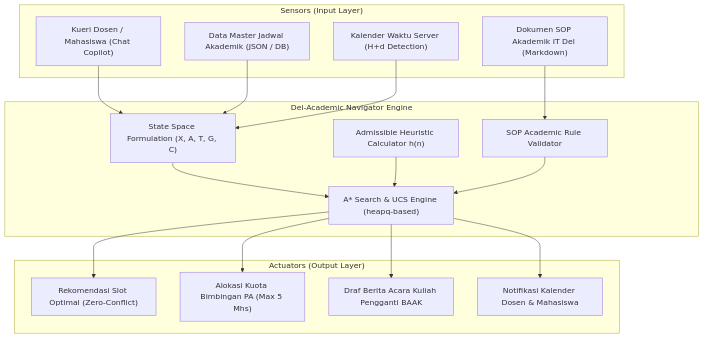
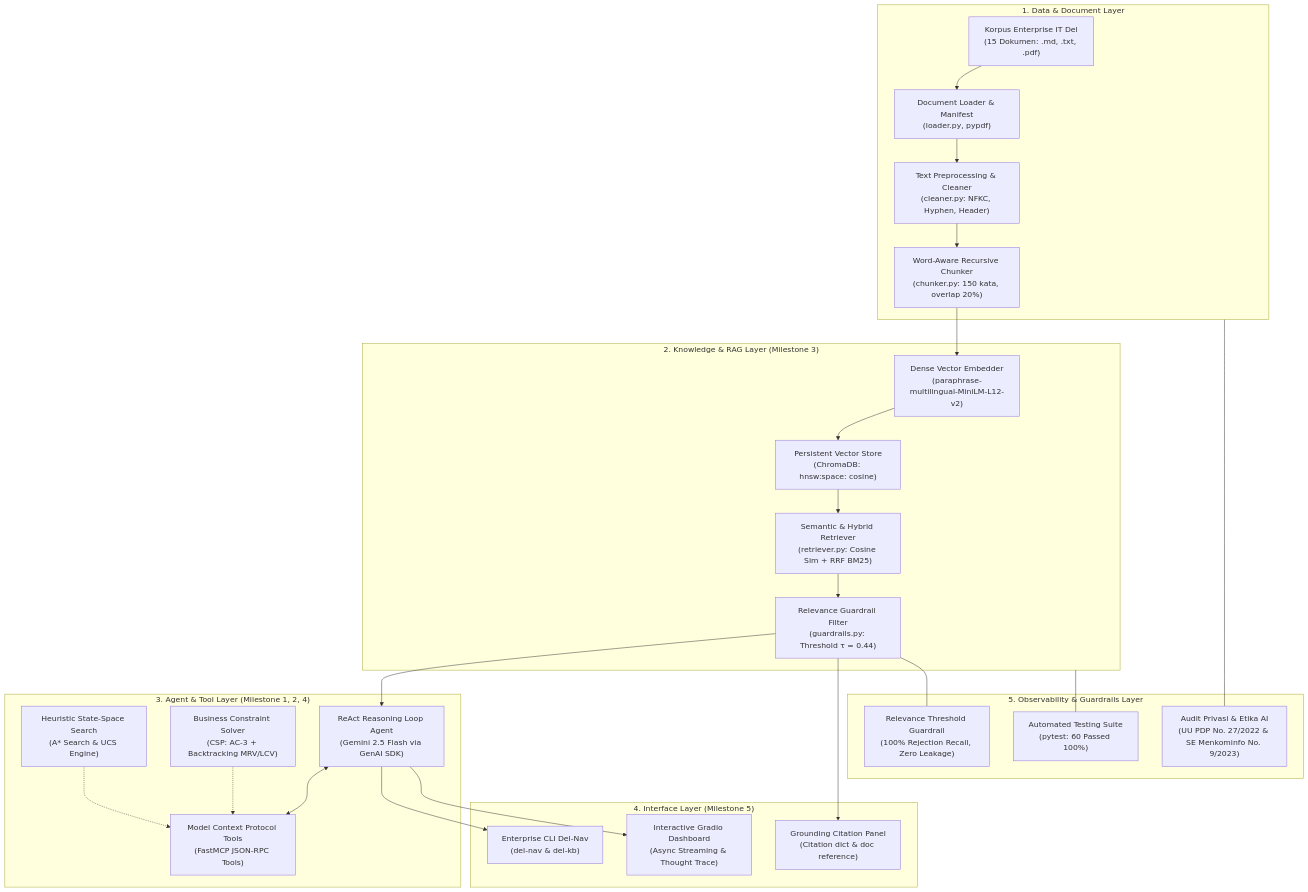
The diagram in README.md (PetraNaibaho/del-academic-navigator), drawn with Mermaid before and after one commit. The commit also changed other lines of this file and 14 other files, not shown here.

````diff
--- a/README.md
+++ b/README.md
@@ -31,37 +36,49 @@
 ```mermaid
 flowchart TD
-    subgraph SENSORS["Sensors (Input Layer)"]
-        S1["Kueri Dosen / Mahasiswa (Chat Copilot)"]
-        S2["Data Master Jadwal Akademik (JSON / DB)"]
-        S3["Dokumen SOP Akademik IT Del (Markdown)"]
-        S4["Kalender Waktu Server (H+d Detection)"]
+    subgraph L1["1. Data & Document Layer"]
+        D1["Korpus Enterprise IT Del\n(15 Dokumen: .md, .txt, .pdf)"]
+        D2["Document Loader & Manifest\n(loader.py, pypdf)"]
+        D3["Text Preprocessing & Cleaner\n(cleaner.py: NFKC, Hyphen, Header)"]
+        D4["Word-Aware Recursive Chunker\n(chunker.py: 150 kata, overlap 20%)"]
+        D1 --> D2 --> D3 --> D4
     end
 
-    subgraph CORE_ENGINE["Del-Academic Navigator Engine"]
-        E1["State Space Formulation (X, A, T, G, C)"]
-        E2["Admissible Heuristic Calculator h(n)"]
-        E3["A* Search & UCS Engine (heapq-based)"]
-        E4["SOP Academic Rule Validator"]
-        
-        S1 --> E1
-        S2 --> E1
-        S3 --> E4
-        S4 --> E1
-        
-        E1 --> E3
-        E2 --> E3
-        E4 --> E3
+    subgraph L2["2. Knowledge & RAG Layer (Milestone 3)"]
+        K1["Dense Vector Embedder\n(paraphrase-multilingual-MiniLM-L12-v2)"]
+        K2["Persistent Vector Store\n(ChromaDB: hnsw:space: cosine)"]
+        K3["Semantic & Hybrid Retriever\n(retriever.py: Cosine Sim + RRF BM25)"]
+        K4["Relevance Guardrail Filter\n(guardrails.py: Threshold τ = 0.44)"]
+        D4 --> K1 --> K2
+        K2 --> K3 --> K4
     end
 
-    subgraph ACTUATORS["Actuators (Output Layer)"]
-        A1["Rekomendasi Slot Optimal (Zero-Conflict)"]
-        A2["Alokasi Kuota Bimbingan PA (Max 5 Mhs)"]
-        A3["Draf Berita Acara Kuliah Pengganti BAAK"]
-        A4["Notifikasi Kalender Dosen & Mahasiswa"]
-        
-        E3 --> A1
-        E3 --> A2
-        E3 --> A3
-        E3 --> A4
+    subgraph L3["3. Agent & Tool Layer (Milestone 1, 2, 4)"]
+        A1["Heuristic State-Space Search\n(A* Search & UCS Engine)"]
+        A2["Business Constraint Solver\n(CSP: AC-3 + Backtracking MRV/LCV)"]
+        A3["ReAct Reasoning Loop Agent\n(Gemini 2.5 Flash via GenAI SDK)"]
+        A4["Model Context Protocol Tools\n(FastMCP JSON-RPC Tools)"]
+        A1 -.-> A4
+        A2 -.-> A4
+        K4 --> A3
+        A3 <--> A4
     end
+
+    subgraph L4["4. Interface Layer (Milestone 5)"]
+        I1["Enterprise CLI Del-Nav\n(del-nav & del-kb)"]
+        I2["Interactive Gradio Dashboard\n(Async Streaming & Thought Trace)"]
+        I3["Grounding Citation Panel\n(Citation dict & doc reference)"]
+        A3 --> I1
+        A3 --> I2
+        K4 --> I3
+    end
+
+    subgraph L5["5. Observability & Guardrails Layer"]
+        O1["Relevance Threshold Guardrail\n(100% Rejection Recall, Zero Leakage)"]
+        O2["Automated Testing Suite\n(pytest: 60 Passed 100%)"]
+        O3["Audit Privasi & Etika AI\n(UU PDP No. 27/2022 & SE Menkominfo No. 9/2023)"]
+    end
+
+    K4 --- O1
+    L1 --- O3
+    L2 --- O2
 ```
````
